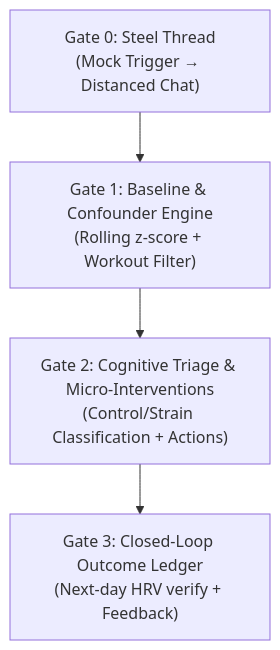
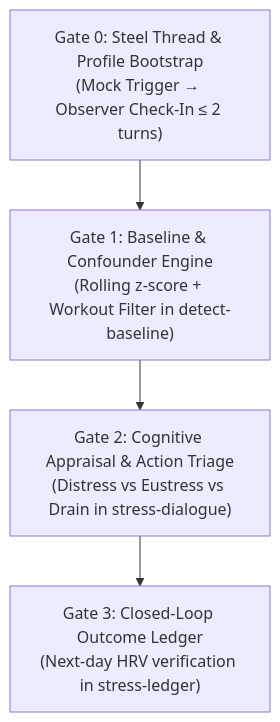
Before and after one commit to alenils/TheOverthinkers: the first of 2 diagrams in Plan/PLAN.md, drawn with Mermaid. The commit also changed other lines of this file, not shown here.

````diff
--- a/Plan/PLAN.md
+++ b/Plan/PLAN.md
@@ -24,9 +101,9 @@
 ```mermaid
 flowchart TD
-    G0["Gate 0: Steel Thread<br/>(Mock Trigger → Distanced Chat)"]
-    G1["Gate 1: Baseline & Confounder Engine<br/>(Rolling z-score + Workout Filter)"]
-    G2["Gate 2: Cognitive Triage & Micro-Interventions<br/>(Control/Strain Classification + Actions)"]
-    G3["Gate 3: Closed-Loop Outcome Ledger<br/>(Next-day HRV verify + Feedback)"]
+    G0["Gate 0: Steel Thread & Profile Bootstrap<br/>(Mock Trigger → Observer Check-In ≤ 2 turns)"]
+    G1["Gate 1: Baseline & Confounder Engine<br/>(Rolling z-score + Workout Filter in detect-baseline)"]
+    G2["Gate 2: Cognitive Appraisal & Action Triage<br/>(Distress vs Eustress vs Drain in stress-dialogue)"]
+    G3["Gate 3: Closed-Loop Outcome Ledger<br/>(Next-day HRV verification in stress-ledger)"]
 
     G0 --> G1 --> G2 --> G3
 ```
````
